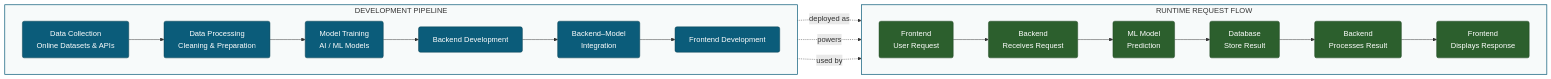
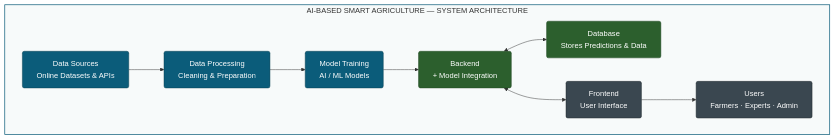
Before and after one commit to mohinideshmukh765/FarmGuide: the diagram in README.md, drawn with Mermaid.

Commit message:
Update system architecture diagram in README

````diff
--- a/README.md
+++ b/README.md
@@ -1,38 +1,30 @@
 ```mermaid
 flowchart LR
-  subgraph DEV["DEVELOPMENT PIPELINE"]
+  subgraph ARCH["AI-BASED SMART AGRICULTURE — SYSTEM ARCHITECTURE"]
     direction LR
-    D1["Data Collection<br/>Online Datasets & APIs"]
-    D2["Data Processing<br/>Cleaning & Preparation"]
-    D3["Model Training<br/>AI / ML Models"]
-    D4["Backend Development"]
-    D5["Backend–Model<br/>Integration"]
-    D6["Frontend Development"]
 
-    D1 --> D2 --> D3 --> D4 --> D5 --> D6
+    A["Data Sources<br/>Online Datasets & APIs"]
+    B["Data Processing<br/>Cleaning & Preparation"]
+    C["Model Training<br/>AI / ML Models"]
+    D["Backend<br/>+ Model Integration"]
+    E["Database<br/>Stores Predictions & Data"]
+    F["Frontend<br/>User Interface"]
+    G["Users<br/>Farmers · Experts · Admin"]
+
+    A --> B --> C --> D
+    D <--> E
+    D <--> F
+    F --> G
   end
 
-  subgraph RUN["RUNTIME REQUEST FLOW"]
-    direction LR
-    R1["Frontend<br/>User Request"]
-    R2["Backend<br/>Receives Request"]
-    R3["ML Model<br/>Prediction"]
-    R4["Database<br/>Store Result"]
-    R5["Backend<br/>Processes Result"]
-    R6["Frontend<br/>Displays Response"]
-
-    R1 --> R2 --> R3 --> R4 --> R5 --> R6
-  end
-
-  D6 -.->|deployed as| R1
-  D5 -.->|powers| R2
-  D3 -.->|used by| R3
-
-  classDef dev fill:#0B5C7A,color:#fff,stroke:#083F51,stroke-width:1px,rx:4,ry:4;
-  classDef run fill:#2C5F2D,color:#fff,stroke:#1F4620,stroke-width:1px,rx:4,ry:4;
+  classDef stage fill:#0B5C7A,color:#fff,stroke:#083F51,stroke-width:1px,rx:4,ry:4;
+  classDef core fill:#2C5F2D,color:#fff,stroke:#1F4620,stroke-width:1px,rx:4,ry:4;
+  classDef user fill:#3A4750,color:#fff,stroke:#22292E,stroke-width:1px,rx:4,ry:4;
   classDef container fill:#F7FAFA,stroke:#0B5C7A,stroke-width:1.5px;
 
-  class D1,D2,D3,D4,D5,D6 dev;
-  class R1,R2,R3,R4,R5,R6 run;
-  class DEV,RUN container;
+  class A,B,C stage;
+  class D,E core;
+  class F user;
+  class G user;
+  class ARCH container;
 ```
````
